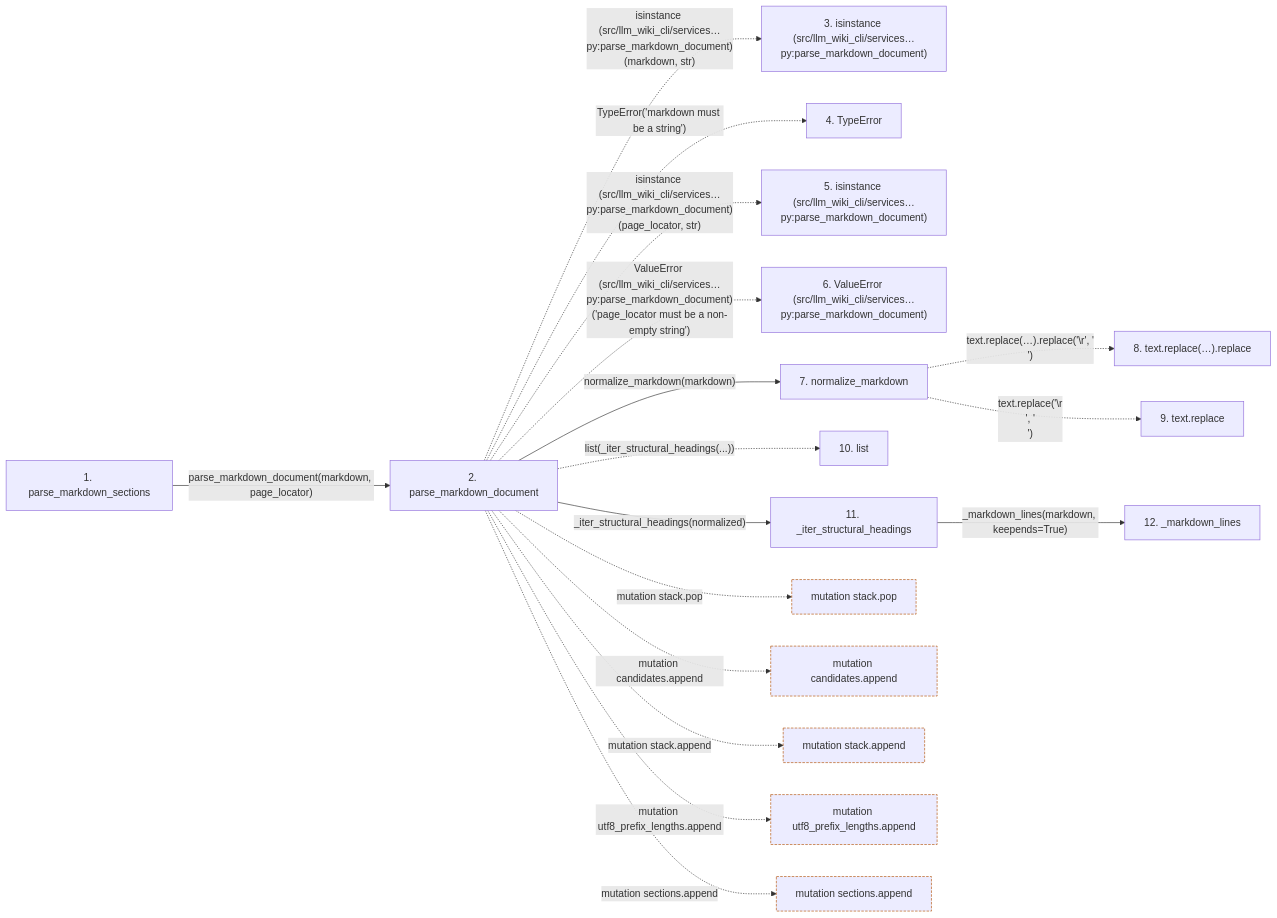
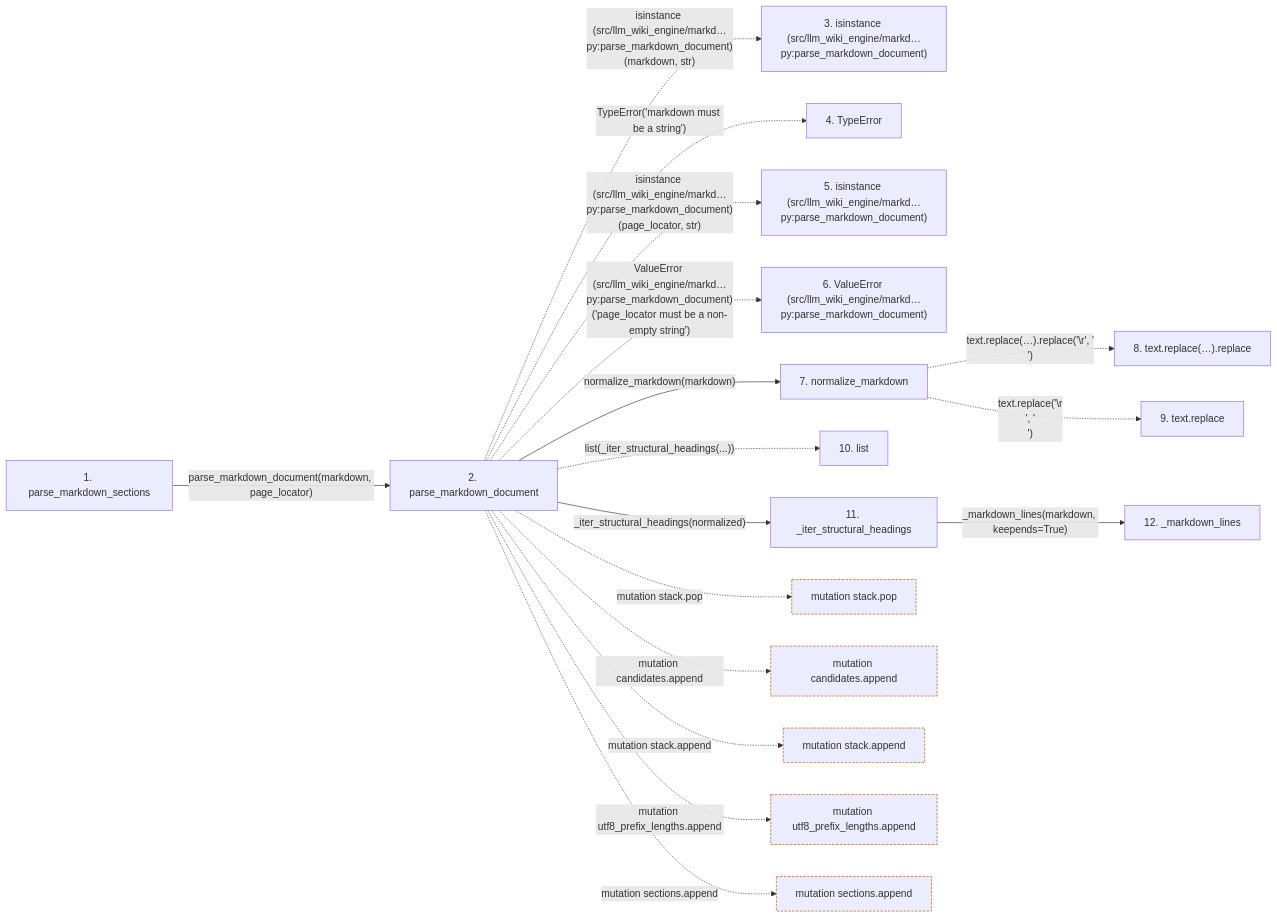
The second of 2 diagrams in docs/llm_wiki/flows/api-parse_markdown_sections.md (Denissvgn/python-wiki-llm), drawn with Mermaid before and after one commit. The commit also changed other lines of this file and 1103 other files, not shown here.

First line of the commit message:
docs: refresh the wiki for the llm-wiki-engine distribution

````diff
--- a/docs/llm_wiki/flows/api-parse_markdown_sections.md
+++ b/docs/llm_wiki/flows/api-parse_markdown_sections.md
@@ -123,47 +123,47 @@
 ```mermaid
 flowchart LR
     s1["1. parse_markdown_sections"]
     s2["2. parse_markdown_document"]
-    s3["3. isinstance (src/llm_wiki_cli/services…py:parse_markdown_document)"]
+    s3["3. isinstance (src/llm_wiki_engine/markd…py:parse_markdown_document)"]
     s4["4. TypeError"]
-    s5["5. isinstance (src/llm_wiki_cli/services…py:parse_markdown_document)"]
-    s6["6. ValueError (src/llm_wiki_cli/services…py:parse_markdown_document)"]
+    s5["5. isinstance (src/llm_wiki_engine/markd…py:parse_markdown_document)"]
+    s6["6. ValueError (src/llm_wiki_engine/markd…py:parse_markdown_document)"]
     s7["7. normalize_markdown"]
     s8["8. text.replace(…).replace"]
     s9["9. text.replace"]
     s10["10. list"]
     s11["11. _iter_structural_headings"]
     s12["12. _markdown_lines"]
     s1 -->|"parse_markdown_document(markdown, page_locator)"| s2
-    s2 -. "isinstance (src/llm_wiki_cli/services…py:parse_markdown_document)(markdown, str)" .-> s3
+    s2 -. "isinstance (src/llm_wiki_engine/markd…py:parse_markdown_document)(markdown, str)" .-> s3
     s2 -. "TypeError('markdown must be a string')" .-> s4
-    s2 -. "isinstance (src/llm_wiki_cli/services…py:parse_markdown_document)(page_locator, str)" .-> s5
-    s2 -. "ValueError (src/llm_wiki_cli/services…py:parse_markdown_document)('page_locator must be a non-empty string')" .-> s6
+    s2 -. "isinstance (src/llm_wiki_engine/markd…py:parse_markdown_document)(page_locator, str)" .-> s5
+    s2 -. "ValueError (src/llm_wiki_engine/markd…py:parse_markdown_document)('page_locator must be a non-empty string')" .-> s6
     s2 -->|"normalize_markdown(markdown)"| s7
     s7 -. "text.replace(…).replace('\r', '\n')" .-> s8
     s7 -. "text.replace('\r\n', '\n')" .-> s9
     s2 -. "list(_iter_structural_headings(...))" .-> s10
     s2 -->|"_iter_structural_headings(normalized)"| s11
     s11 -->|"_markdown_lines(markdown, keepends=True)"| s12
     b0["mutation stack.pop"]
     s2 -. "mutation stack.pop" .-> b0
     b1["mutation candidates.append"]
     s2 -. "mutation candidates.append" .-> b1
     b2["mutation stack.append"]
     s2 -. "mutation stack.append" .-> b2
     b3["mutation utf8_prefix_lengths.append"]
     s2 -. "mutation utf8_prefix_lengths.append" .-> b3
     b4["mutation sections.append"]
     s2 -. "mutation sections.append" .-> b4
     click s1 "../modules/markdown_sections.md"
     click s2 "../modules/markdown_sections.md"
     click s7 "../modules/markdown_sections.md"
     click s11 "../modules/markdown_sections.md"
     click s12 "../modules/markdown_sections.md"
     classDef boundary stroke:#b45309,stroke-dasharray: 4 2
     class b0 boundary
     class b1 boundary
     class b2 boundary
     class b3 boundary
     class b4 boundary
 ```
````
